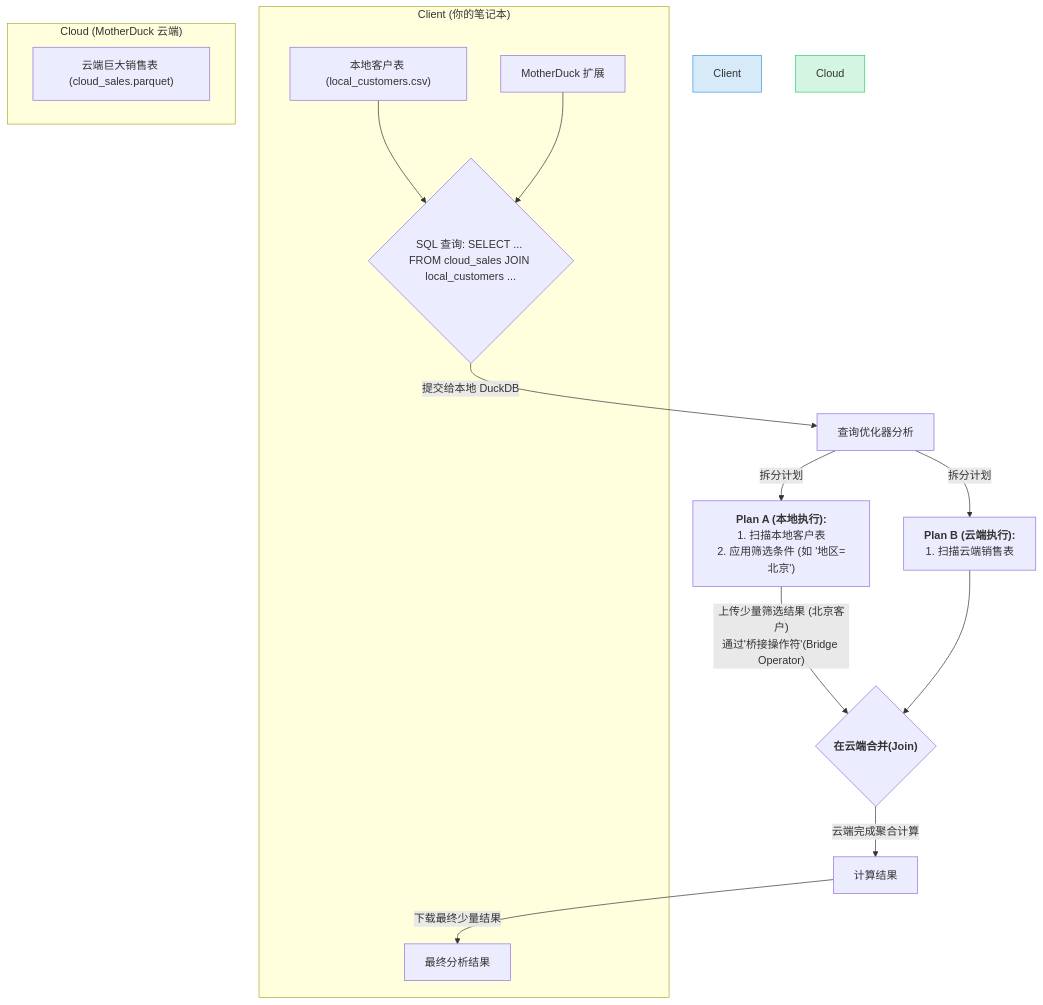
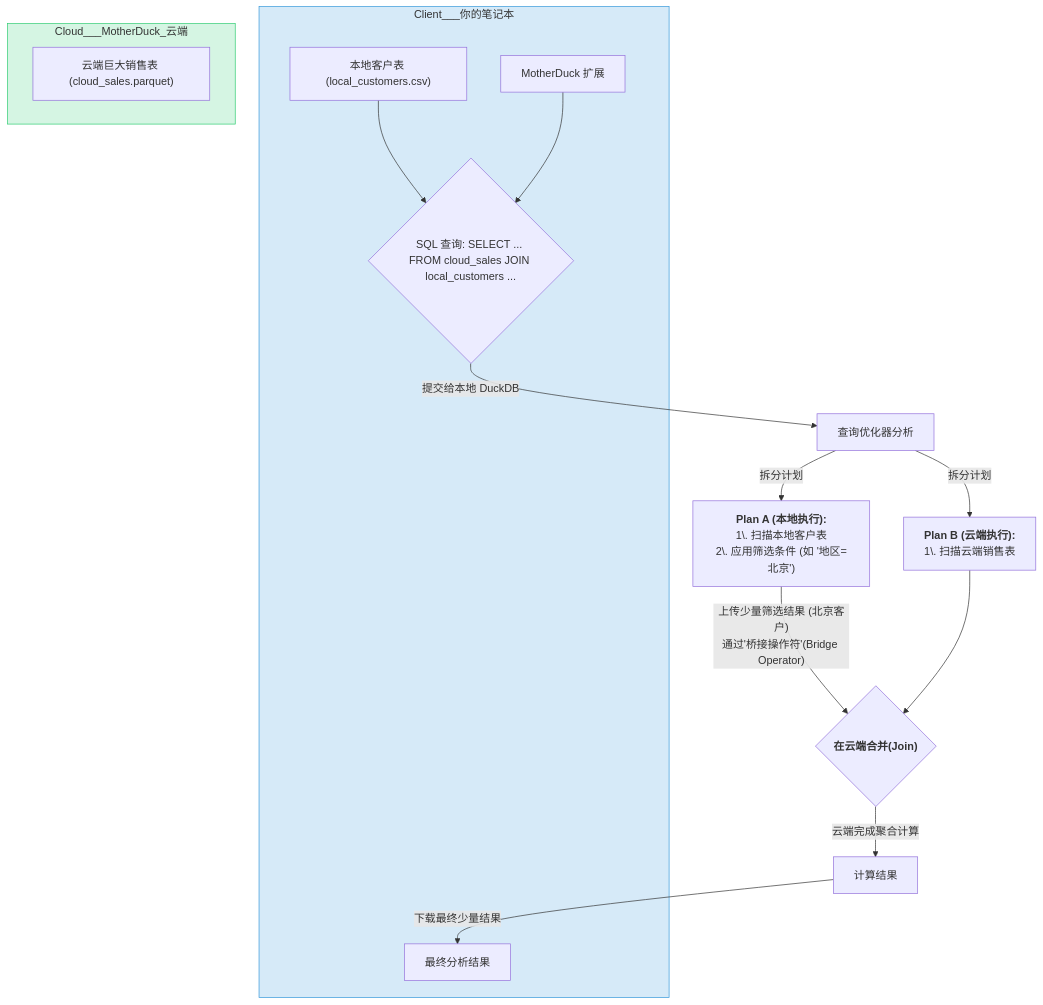
The fourth of 6 diagrams in 202507/20250714_02.md (digoal/blog), drawn with Mermaid before and after one commit. The commit also changed other lines of this file, not shown here.

````diff
--- a/202507/20250714_02.md
+++ b/202507/20250714_02.md
@@ -240,26 +240,26 @@
 ```mermaid
 graph TD
-    subgraph "Client (你的笔记本)"
+    subgraph "Client___你的笔记本"
         A["本地客户表 (local_customers.csv)"] --> B{SQL 查询: SELECT ... FROM cloud_sales JOIN local_customers ...};
         C[MotherDuck 扩展] --> B;
         F[最终分析结果]
     end
 
-    subgraph "Cloud (MotherDuck 云端)"
+    subgraph "Cloud___MotherDuck_云端"
         D["云端巨大销售表 (cloud_sales.parquet)"]
     end
     
     B -- 提交给本地 DuckDB --> E[查询优化器分析];
     
-    E -- 拆分计划 --> G["<strong>Plan A (本地执行):</strong><br>1. 扫描本地客户表<br>2. 应用筛选条件 (如 '地区=北京')"];
-    E -- 拆分计划 --> H["<strong>Plan B (云端执行):</strong><br>1. 扫描云端销售表"];
+    E -- 拆分计划 --> G["<strong>Plan A (本地执行):</strong><br>1\. 扫描本地客户表<br>2\. 应用筛选条件 (如 '地区=北京')"];
+    E -- 拆分计划 --> H["<strong>Plan B (云端执行):</strong><br>1\. 扫描云端销售表"];
     
     G -- "上传少量筛选结果 (北京客户)<br>通过'桥接操作符'(Bridge Operator)" --> I{"<strong>在云端合并(Join)</strong>"};
     H --> I;
     
     I -- "云端完成聚合计算" --> J[计算结果];
     J -- "下载最终少量结果" --> F;
 
-    style Client fill:#D6EAF8,stroke:#3498DB
-    style Cloud fill:#D5F5E3,stroke:#2ECC71
+    style Client___你的笔记本 fill:#D6EAF8,stroke:#3498DB
+    style Cloud___MotherDuck_云端 fill:#D5F5E3,stroke:#2ECC71
 ```
````
